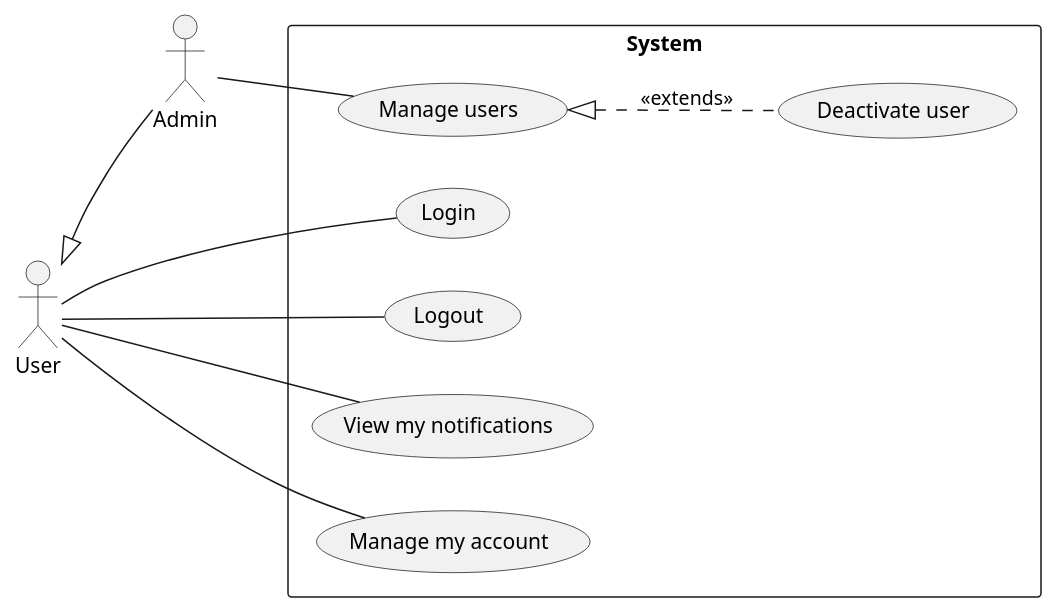
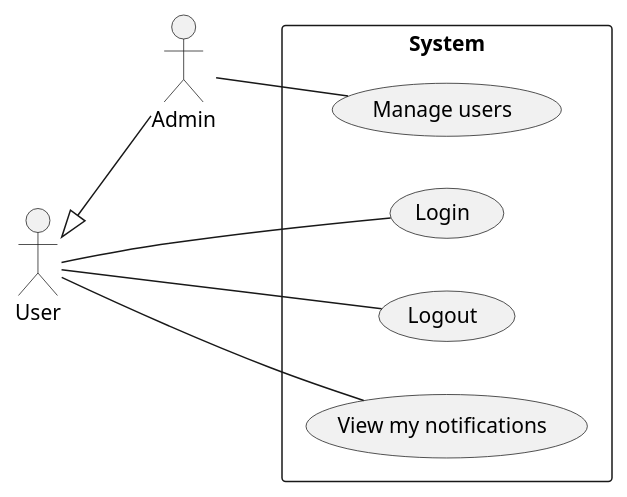
The diagram in use-cases/admin.plantuml (phihungha/scmss-reqs), drawn with PlantUML before and after one commit. The commit also changed 11 other files, not shown here.

```diff
--- a/use-cases/admin.plantuml
+++ b/use-cases/admin.plantuml
@@ -1,17 +1,15 @@
 @startuml admin
 left to right direction
 
 :Admin: as ad
 :User: as u
 u <|-- ad
 
 rectangle System {
     u -- (Login)
     u -- (Logout)
     u -- (View my notifications)
-    u -- (Manage my account)
 
     ad -- (Manage users)
-    (Manage users) <|.. (Deactivate user) : <<extends>>
 }
 @enduml
```
